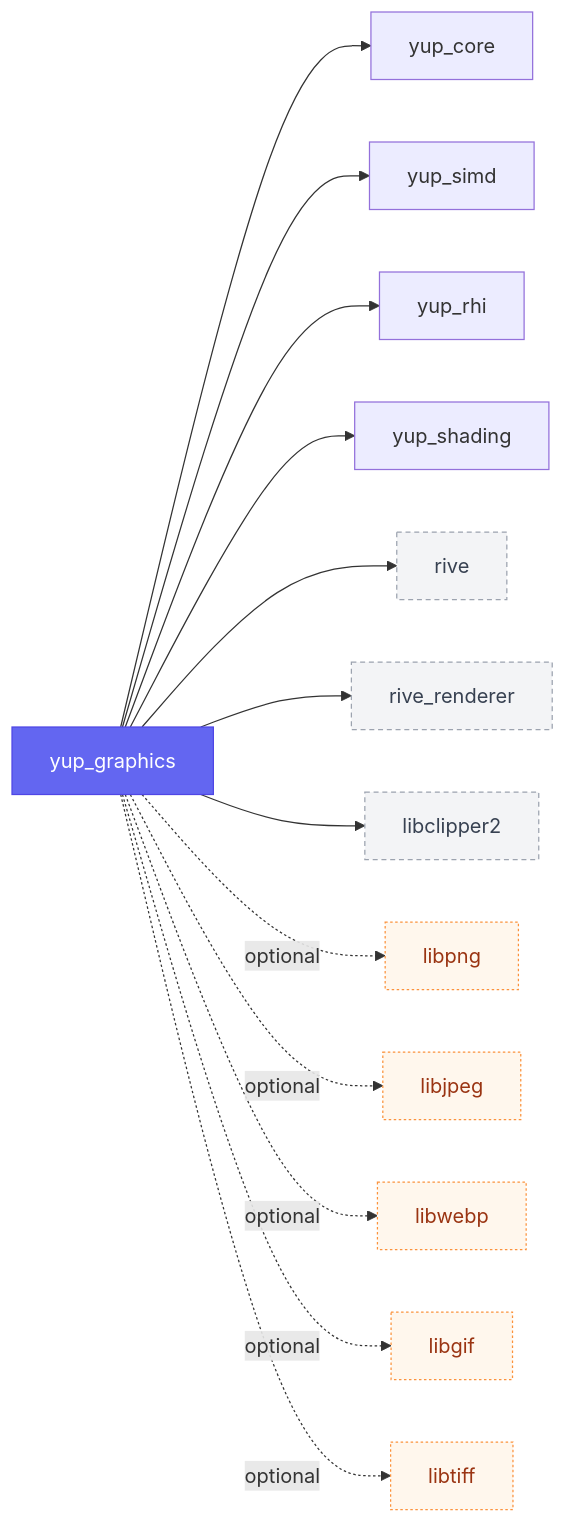
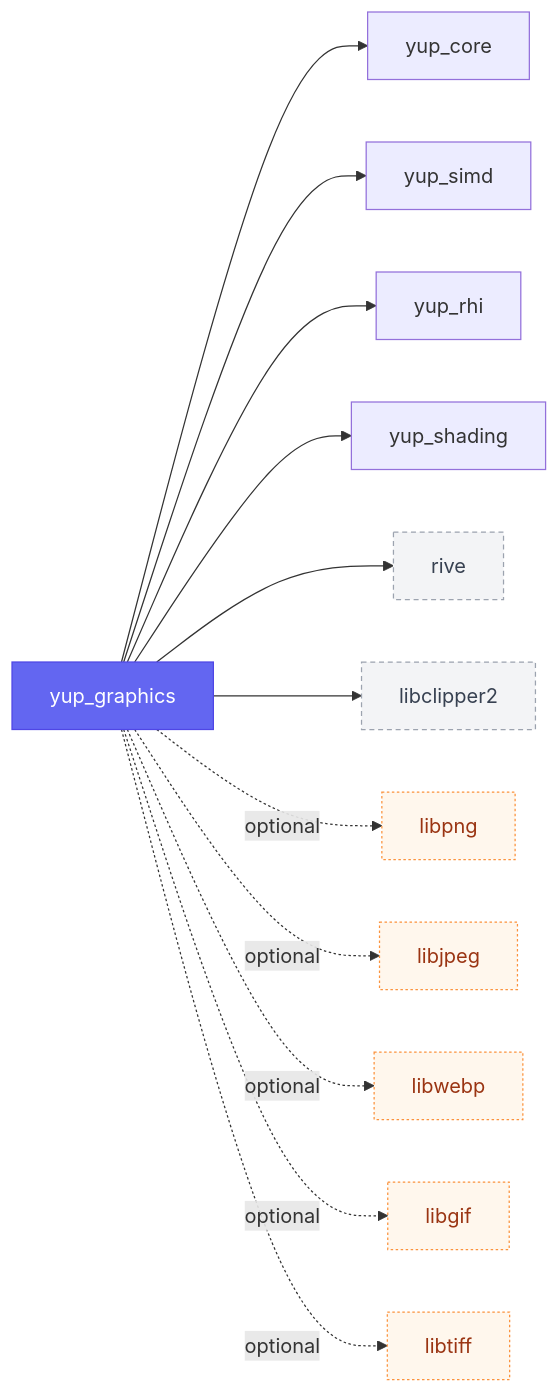
One commit to kunitoki/yup changed the seventh of 21 diagrams in docs/modules.md. Above: the diagram before and after it, drawn with Mermaid. The commit also changed other lines of this file and 1042 other files, not shown here.

````diff
--- a/docs/modules.md
+++ b/docs/modules.md
@@ -167,18 +167,17 @@
 ```mermaid
 flowchart LR
     yup_graphics:::self --> yup_core
     yup_graphics --> yup_simd
     yup_graphics --> yup_rhi
     yup_graphics --> yup_shading
     yup_graphics --> rive:::ext
-    yup_graphics --> rive_renderer:::ext
     yup_graphics --> libclipper2:::ext
     yup_graphics -. optional .-> libpng:::opt
     yup_graphics -. optional .-> libjpeg:::opt
     yup_graphics -. optional .-> libwebp:::opt
     yup_graphics -. optional .-> libgif:::opt
     yup_graphics -. optional .-> libtiff:::opt
     classDef self fill:#6366f1,color:#fff,stroke:#4f46e5;
     classDef ext fill:#f3f4f6,color:#374151,stroke:#9ca3af,stroke-dasharray:4 3;
     classDef opt fill:#fff7ed,color:#9a3412,stroke:#fb923c,stroke-dasharray:2 2;
 ```
````
